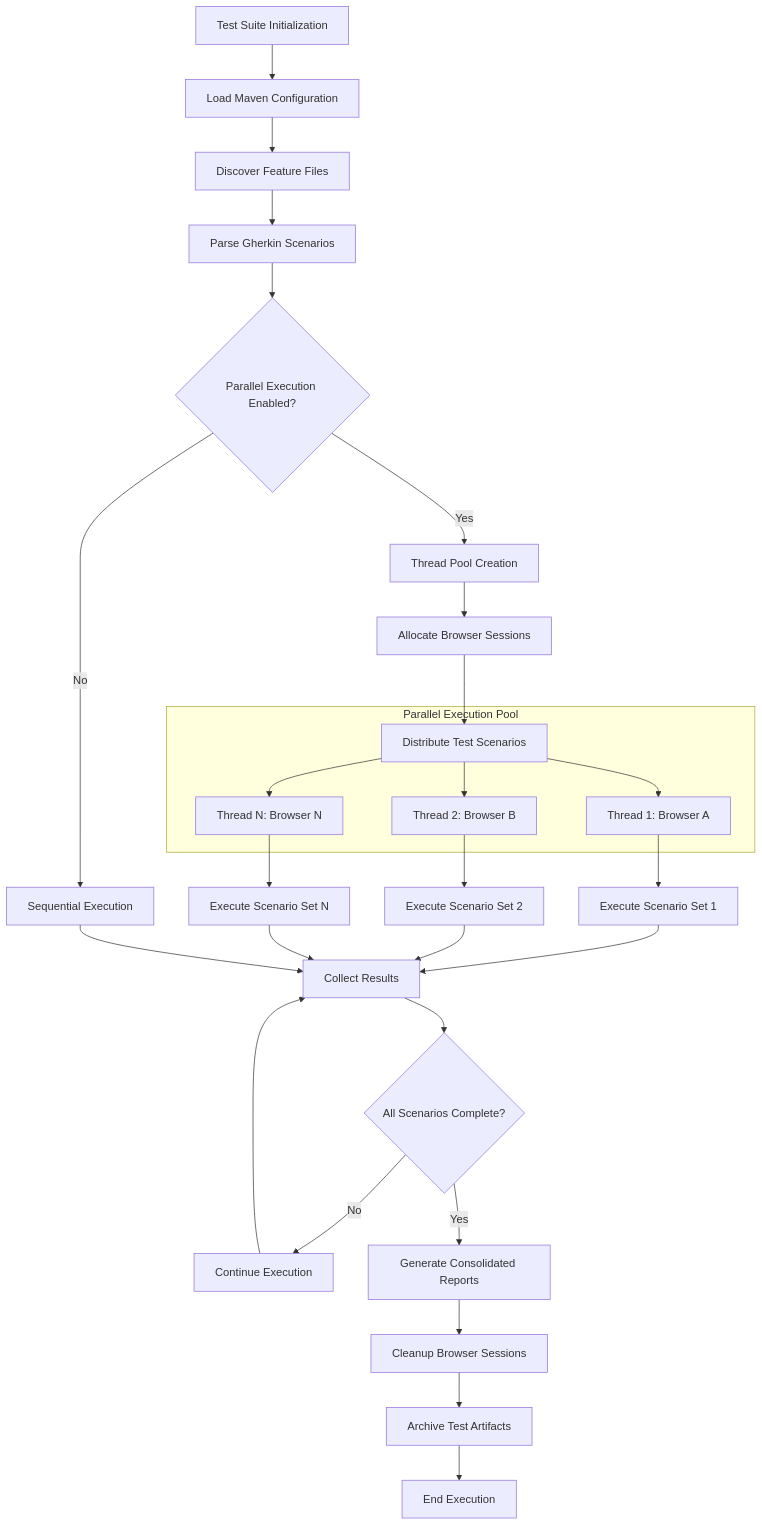
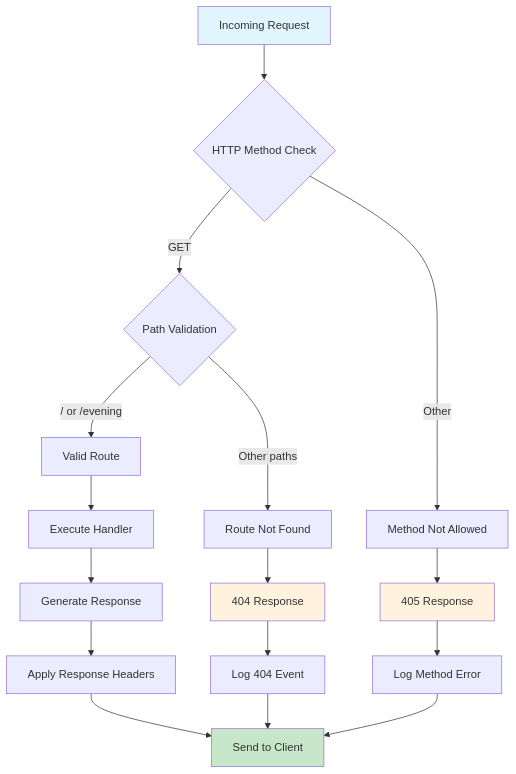
Before and after one commit to lakshya-blitzy/branch_August_lakshya_: the fifth of 47 diagrams in blitzy/documentation/Technical Specifications.md, drawn with Mermaid. The commit also changed other lines of this file, not shown here.

````diff
--- a/blitzy/documentation/Technical Specifications.md
+++ b/blitzy/documentation/Technical Specifications.md
@@ -1479,37 +1485,27 @@
 ```mermaid
 flowchart TD
-    A[Test Suite Initialization] --> B[Load Maven Configuration]
-    B --> C[Discover Feature Files]
-    C --> D[Parse Gherkin Scenarios]
+    A[Incoming Request] --> B{HTTP Method Check}
+    B -->|GET| C{Path Validation}
+    B -->|Other| D[Method Not Allowed]
     
-    D --> E{Parallel Execution Enabled?}
-    E -->|No| F[Sequential Execution]
-    E -->|Yes| G[Thread Pool Creation]
+    C -->|/ or /evening| E[Valid Route]
+    C -->|Other paths| F[Route Not Found]
     
-    G --> H[Allocate Browser Sessions]
-    H --> I[Distribute Test Scenarios]
+    E --> G[Execute Handler]
+    F --> H[404 Response]
+    D --> I[405 Response]
     
-    subgraph "Parallel Execution Pool"
-        I --> J1[Thread 1: Browser A]
-        I --> J2[Thread 2: Browser B]
-        I --> J3[Thread N: Browser N]
-    end
+    G --> J[Generate Response]
+    J --> K[Apply Response Headers]
+    K --> L[Send to Client]
     
-    J1 --> K1[Execute Scenario Set 1]
-    J2 --> K2[Execute Scenario Set 2]
-    J3 --> K3[Execute Scenario Set N]
+    H --> M[Log 404 Event]
+    I --> N[Log Method Error]
+    M --> L
+    N --> L
     
-    K1 --> L[Collect Results]
-    K2 --> L
-    K3 --> L
-    F --> L
-    
-    L --> M{All Scenarios Complete?}
-    M -->|No| N[Continue Execution]
-    N --> L
-    M -->|Yes| O[Generate Consolidated Reports]
-    
-    O --> P[Cleanup Browser Sessions]
-    P --> Q[Archive Test Artifacts]
-    Q --> R[End Execution]
+    style A fill:#e1f5fe
+    style L fill:#c8e6c9
+    style H fill:#fff3e0
+    style I fill:#fff3e0
 ```
````
